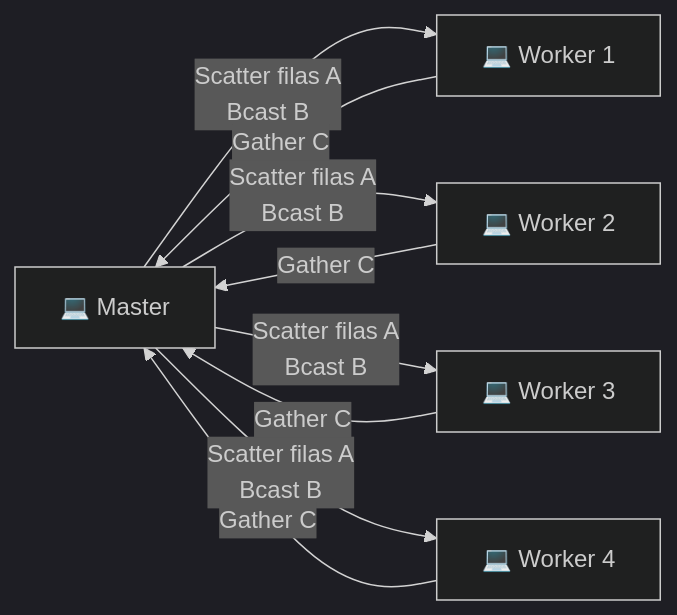
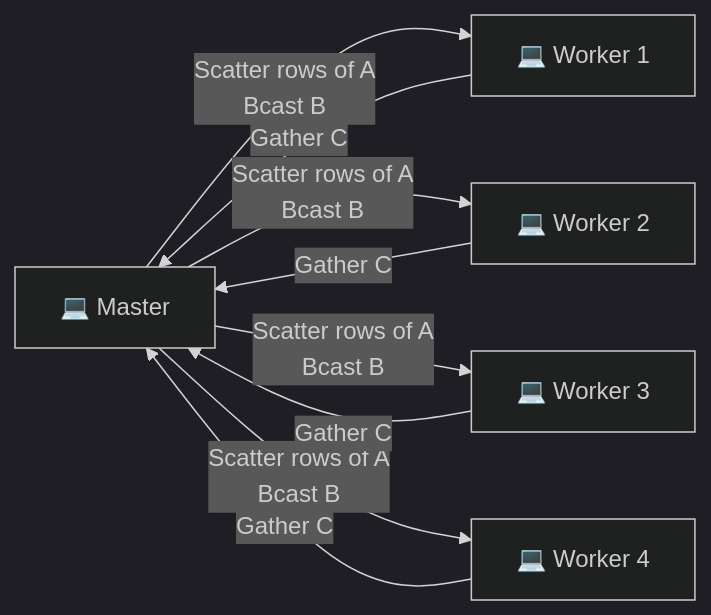
The second of 4 diagrams in README.md (CarefreeHarp/DistributedSystems), drawn with Mermaid (dark theme) before and after one commit. The commit also changed other lines of this file and 3 other files, not shown here.

````diff
--- a/README.md
+++ b/README.md
@@ -66,11 +66,11 @@
 ```mermaid
 graph LR
     Master["💻 Master"]
     W1["💻 Worker 1"]
     W2["💻 Worker 2"]
     W3["💻 Worker 3"]
     W4["💻 Worker 4"]
     
-    Master -->|"Scatter filas A\nBcast B"| W1 & W2 & W3 & W4
+    Master -->|"Scatter rows of A\nBcast B"| W1 & W2 & W3 & W4
     W1 & W2 & W3 & W4 -->|"Gather C"| Master
 ```
````
